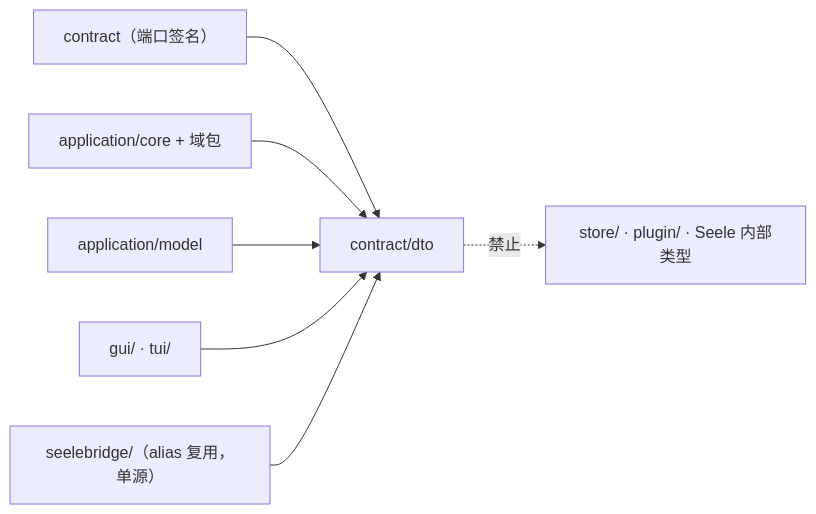
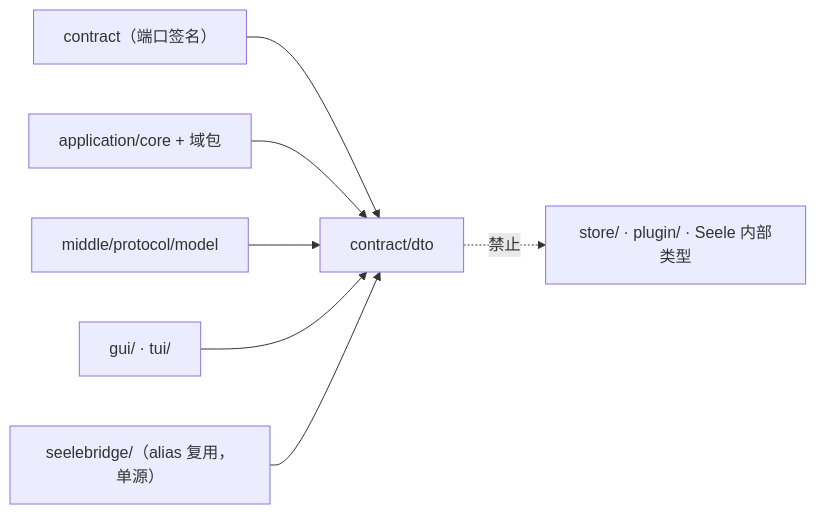
The first of 2 diagrams in contract/dto/README.md (RedHuang-0622/seelex), drawn with Mermaid before and after one commit. The commit also changed other lines of this file and 160 other files, not shown here.

First line of the commit message:
refactor(arch): M5-R3 model/event/state 归位 middle/protocol 与 kernel（plan §2.3）

````diff
--- a/contract/dto/README.md
+++ b/contract/dto/README.md
@@ -41,9 +41,9 @@
 ```mermaid
 flowchart LR
     CONTRACT["contract（端口签名）"] --> DTO["contract/dto"]
     CORE["application/core + 域包"] --> DTO
-    MODEL["application/model"] --> DTO
+    MODEL["middle/protocol/model"] --> DTO
     FE["gui/ · tui/"] --> DTO
     BRIDGE["seelebridge/（alias 复用，单源）"] --> DTO
     DTO -.->|禁止| STORE["store/ · plugin/ · Seele 内部类型"]
 ```
````
